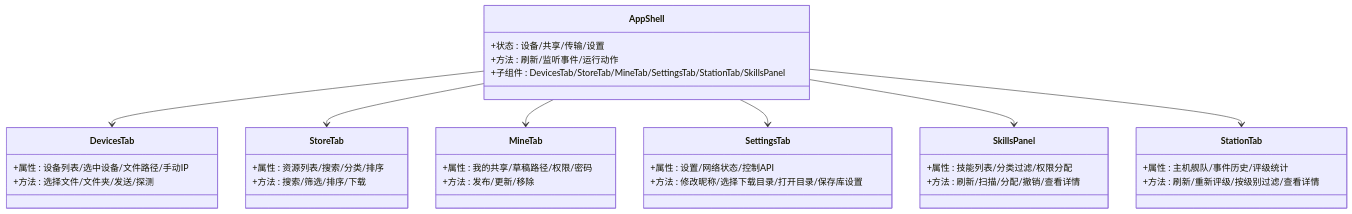
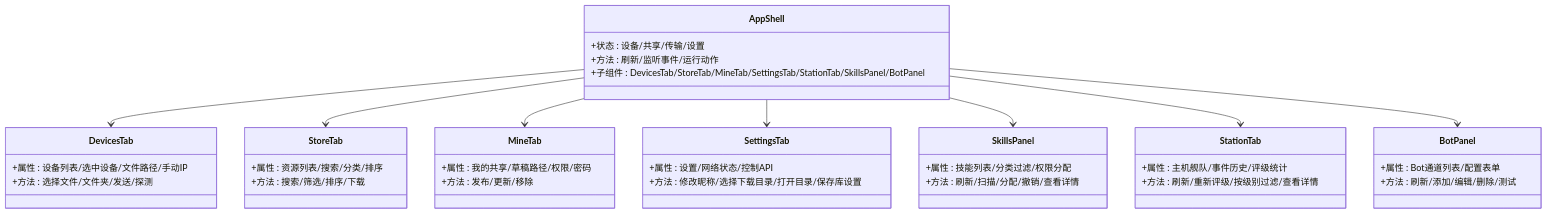
The third of 5 diagrams in .qoder/repowiki/zh/content/前端应用架构/前端应用架构.md (targalian/Personal-distributed-workstation), drawn with Mermaid before and after one commit. The commit also changed other lines of this file and 85 other files, not shown here.

````diff
--- a/.qoder/repowiki/zh/content/前端应用架构/前端应用架构.md
+++ b/.qoder/repowiki/zh/content/前端应用架构/前端应用架构.md
@@ -256,38 +293,43 @@
 ```mermaid
 classDiagram
 class AppShell {
 +状态 : 设备/共享/传输/设置
 +方法 : 刷新/监听事件/运行动作
-+子组件 : DevicesTab/StoreTab/MineTab/SettingsTab/StationTab/SkillsPanel
++子组件 : DevicesTab/StoreTab/MineTab/SettingsTab/StationTab/SkillsPanel/BotPanel
 }
 class DevicesTab {
 +属性 : 设备列表/选中设备/文件路径/手动IP
 +方法 : 选择文件/文件夹/发送/探测
 }
 class StoreTab {
 +属性 : 资源列表/搜索/分类/排序
 +方法 : 搜索/筛选/排序/下载
 }
 class MineTab {
 +属性 : 我的共享/草稿路径/权限/密码
 +方法 : 发布/更新/移除
 }
 class SettingsTab {
 +属性 : 设置/网络状态/控制API
 +方法 : 修改昵称/选择下载目录/打开目录/保存库设置
 }
 class SkillsPanel {
 +属性 : 技能列表/分类过滤/权限分配
 +方法 : 刷新/扫描/分配/撤销/查看详情
 }
 class StationTab {
 +属性 : 主机舰队/事件历史/评级统计
 +方法 : 刷新/重新评级/按级别过滤/查看详情
 }
+class BotPanel {
++属性 : Bot通道列表/配置表单
++方法 : 刷新/添加/编辑/删除/测试
+}
 AppShell --> DevicesTab
 AppShell --> StoreTab
 AppShell --> MineTab
 AppShell --> SettingsTab
 AppShell --> SkillsPanel
 AppShell --> StationTab
+AppShell --> BotPanel
 ```
````
